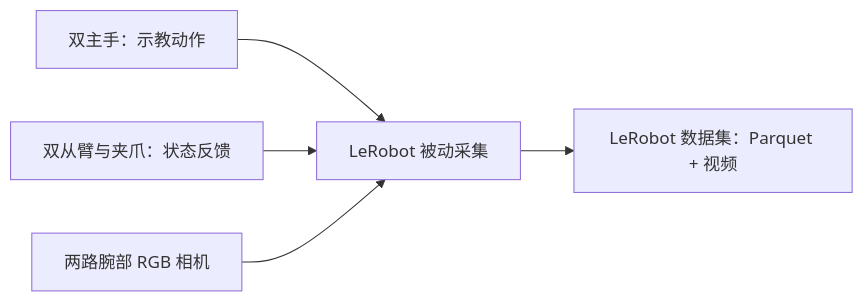
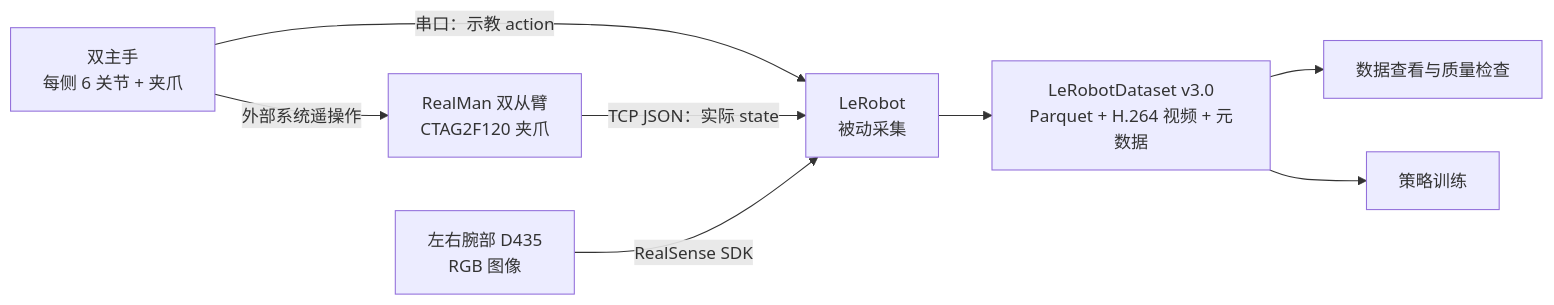
Before and after one commit to JIA-Z423/lerobot-realman: the diagram in README.md, drawn with Mermaid. The commit also changed other lines of this file and 8 other files, not shown here.

````diff
--- a/README.md
+++ b/README.md
@@ -19,7 +54,10 @@
 ```mermaid
 flowchart LR
-    M["双主手：示教动作"] --> R["LeRobot 被动采集"]
-    F["双从臂与夹爪：状态反馈"] --> R
-    C["两路腕部 RGB 相机"] --> R
-    R --> D["LeRobot 数据集：Parquet + 视频"]
+    M["双主手<br/>每侧 6 关节 + 夹爪"] -->|外部系统遥操作| F["RealMan 双从臂<br/>CTAG2F120 夹爪"]
+    M -->|串口：示教 action| R["LeRobot<br/>被动采集"]
+    F -->|TCP JSON：实际 state| R
+    C["左右腕部 D435<br/>RGB 图像"] -->|RealSense SDK| R
+    R --> D["LeRobotDataset v3.0<br/>Parquet + H.264 视频 + 元数据"]
+    D --> V["数据查看与质量检查"]
+    D --> T["策略训练"]
 ```
````
